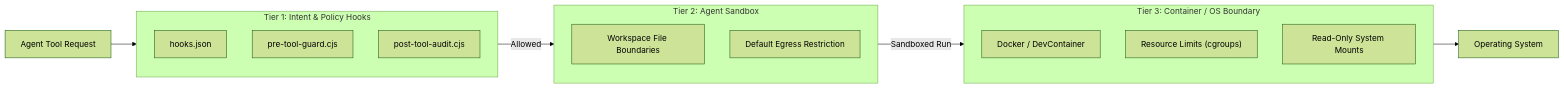
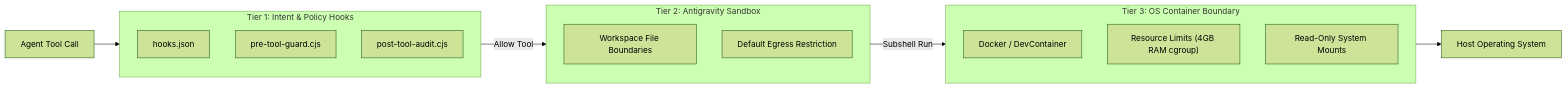
The second of 7 diagrams in README.md (SamDozer/antigravity-elite-harness), drawn with Mermaid (forest theme) before and after one commit. The commit also changed other lines of this file and 6 other files, not shown here.

````diff
--- a/README.md
+++ b/README.md
@@ -43,24 +93,24 @@
 ```mermaid
 flowchart LR
     subgraph T1["Tier 1: Intent & Policy Hooks"]
         H1["hooks.json"]
         H2["pre-tool-guard.cjs"]
         H3["post-tool-audit.cjs"]
     end
 
-    subgraph T2["Tier 2: Agent Sandbox"]
+    subgraph T2["Tier 2: Antigravity Sandbox"]
         S1["Workspace File Boundaries"]
         S2["Default Egress Restriction"]
     end
 
-    subgraph T3["Tier 3: Container / OS Boundary"]
+    subgraph T3["Tier 3: OS Container Boundary"]
         C1["Docker / DevContainer"]
-        C2["Resource Limits (cgroups)"]
+        C2["Resource Limits (4GB RAM cgroup)"]
         C3["Read-Only System Mounts"]
     end
 
-    ToolReq["Agent Tool Request"] --> T1
-    T1 -- Allowed --> T2
-    T2 -- Sandboxed Run --> T3
-    T3 --> OS["Operating System"]
+    ToolReq["Agent Tool Call"] --> T1
+    T1 -- "Allow Tool" --> T2
+    T2 -- "Subshell Run" --> T3
+    T3 --> OS["Host Operating System"]
 ```
````
